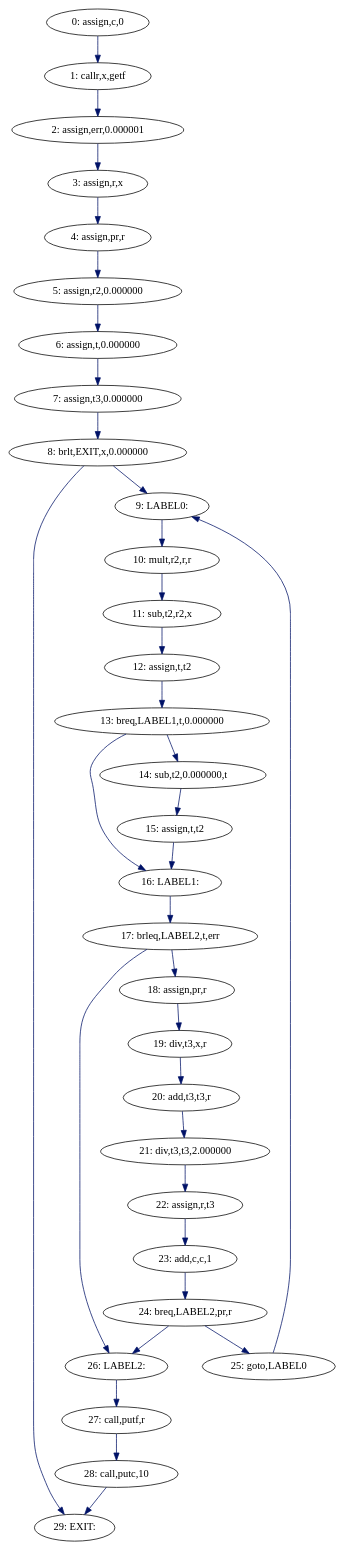
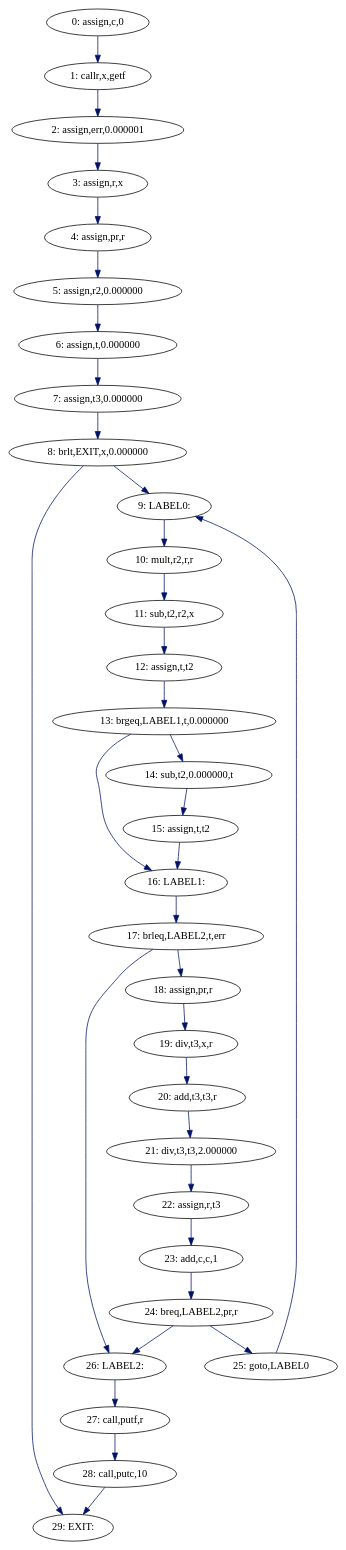
Before and after one commit to Peter-Feng-32/Tiger-IR-Middle-End: the diagram in og.dot, drawn with Graphviz. The commit also changed 3 other files, not shown here.

```diff
--- a/og.dot
+++ b/og.dot
@@ -1,73 +1,73 @@
 digraph G {
   "29: EXIT:";
   "9: LABEL0:";
   "16: LABEL1:";
   "26: LABEL2:";
   "0: assign,c,0";
   "2: assign,err,0.000001";
   "4: assign,pr,r";
   "18: assign,pr,r";
   "22: assign,r,t3";
   "3: assign,r,x";
   "5: assign,r2,0.000000";
   "6: assign,t,0.000000";
   "12: assign,t,t2";
   "15: assign,t,t2";
   "7: assign,t3,0.000000";
   "23: add,c,c,1";
   "20: add,t3,t3,r";
   "14: sub,t2,0.000000,t";
   "11: sub,t2,r2,x";
   "10: mult,r2,r,r";
   "21: div,t3,t3,2.000000";
   "19: div,t3,x,r";
   "25: goto,LABEL0";
   "24: breq,LABEL2,pr,r";
   "8: brlt,EXIT,x,0.000000";
-  "13: breq,LABEL1,t,0.000000";
+  "13: brgeq,LABEL1,t,0.000000";
   "17: brleq,LABEL2,t,err";
   "28: call,putc,10";
   "27: call,putf,r";
   "1: callr,x,getf";
   
   
   "9: LABEL0:" -> "10: mult,r2,r,r" [color="#001267", label="", ];
   "16: LABEL1:" -> "17: brleq,LABEL2,t,err" [color="#001267", label="", ];
   "26: LABEL2:" -> "27: call,putf,r" [color="#001267", label="", ];
   "0: assign,c,0" -> "1: callr,x,getf" [color="#001267", label="", ];
   "2: assign,err,0.000001" -> "3: assign,r,x" [color="#001267", label="", ];
   "4: assign,pr,r" -> "5: assign,r2,0.000000" [color="#001267", label="", ];
   "18: assign,pr,r" -> "19: div,t3,x,r" [color="#001267", label="", ];
   "22: assign,r,t3" -> "23: add,c,c,1" [color="#001267", label="", ];
   "3: assign,r,x" -> "4: assign,pr,r" [color="#001267", label="", ];
   "5: assign,r2,0.000000" -> "6: assign,t,0.000000" [color="#001267",
                                                      label="", ];
   "6: assign,t,0.000000" -> "7: assign,t3,0.000000" [color="#001267",
                                                      label="", ];
-  "12: assign,t,t2" -> "13: breq,LABEL1,t,0.000000" [color="#001267",
-                                                     label="", ];
+  "12: assign,t,t2" -> "13: brgeq,LABEL1,t,0.000000" [color="#001267",
+                                                      label="", ];
   "15: assign,t,t2" -> "16: LABEL1:" [color="#001267", label="", ];
   "7: assign,t3,0.000000" -> "8: brlt,EXIT,x,0.000000" [color="#001267",
                                                         label="", ];
   "23: add,c,c,1" -> "24: breq,LABEL2,pr,r" [color="#001267", label="", ];
   "20: add,t3,t3,r" -> "21: div,t3,t3,2.000000" [color="#001267", label="", ];
   "14: sub,t2,0.000000,t" -> "15: assign,t,t2" [color="#001267", label="", ];
   "11: sub,t2,r2,x" -> "12: assign,t,t2" [color="#001267", label="", ];
   "10: mult,r2,r,r" -> "11: sub,t2,r2,x" [color="#001267", label="", ];
   "21: div,t3,t3,2.000000" -> "22: assign,r,t3" [color="#001267", label="", ];
   "19: div,t3,x,r" -> "20: add,t3,t3,r" [color="#001267", label="", ];
   "25: goto,LABEL0" -> "9: LABEL0:" [color="#001267", label="", ];
   "24: breq,LABEL2,pr,r" -> "26: LABEL2:" [color="#001267", label="", ];
   "24: breq,LABEL2,pr,r" -> "25: goto,LABEL0" [color="#001267", label="", ];
   "8: brlt,EXIT,x,0.000000" -> "29: EXIT:" [color="#001267", label="", ];
   "8: brlt,EXIT,x,0.000000" -> "9: LABEL0:" [color="#001267", label="", ];
-  "13: breq,LABEL1,t,0.000000" -> "16: LABEL1:" [color="#001267", label="", ];
-  "13: breq,LABEL1,t,0.000000" -> "14: sub,t2,0.000000,t" [color="#001267",
-                                                           label="", ];
+  "13: brgeq,LABEL1,t,0.000000" -> "16: LABEL1:" [color="#001267", label="", ];
+  "13: brgeq,LABEL1,t,0.000000" -> "14: sub,t2,0.000000,t" [color="#001267",
+                                                            label="", ];
   "17: brleq,LABEL2,t,err" -> "26: LABEL2:" [color="#001267", label="", ];
   "17: brleq,LABEL2,t,err" -> "18: assign,pr,r" [color="#001267", label="", ];
   "28: call,putc,10" -> "29: EXIT:" [color="#001267", label="", ];
   "27: call,putf,r" -> "28: call,putc,10" [color="#001267", label="", ];
   "1: callr,x,getf" -> "2: assign,err,0.000001" [color="#001267", label="", ];
   
   }
```
